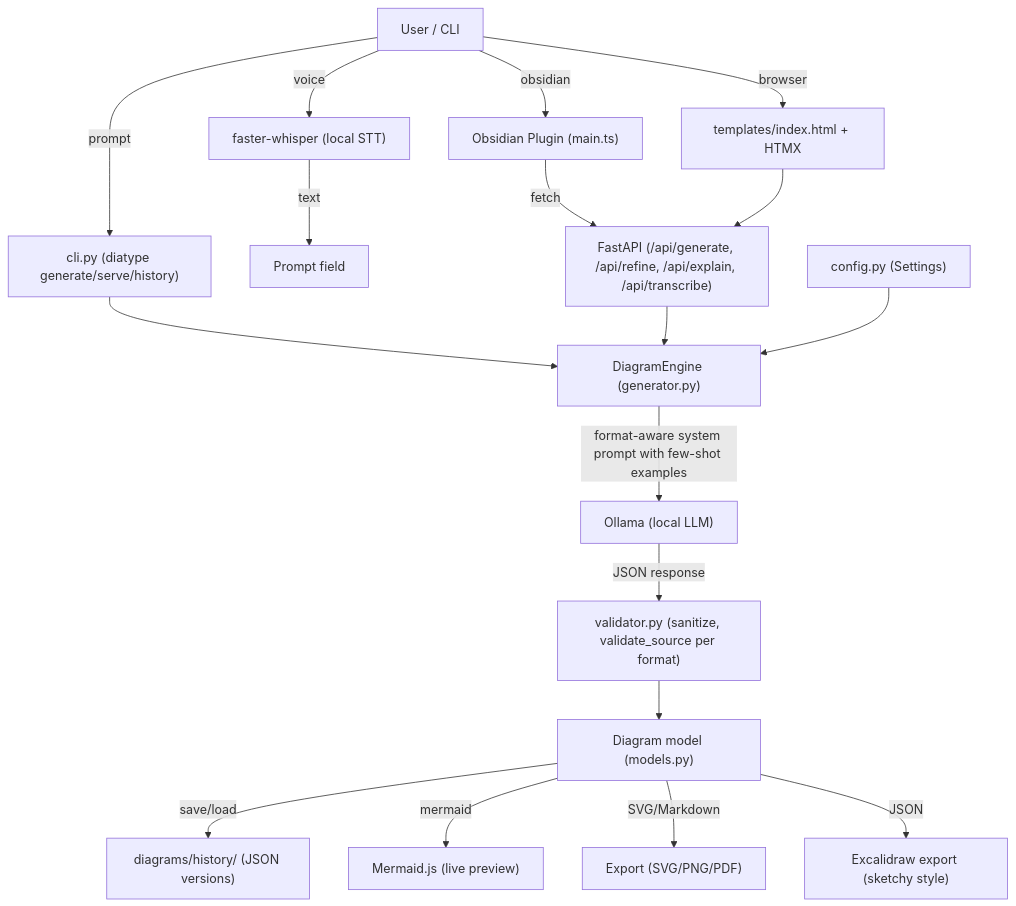
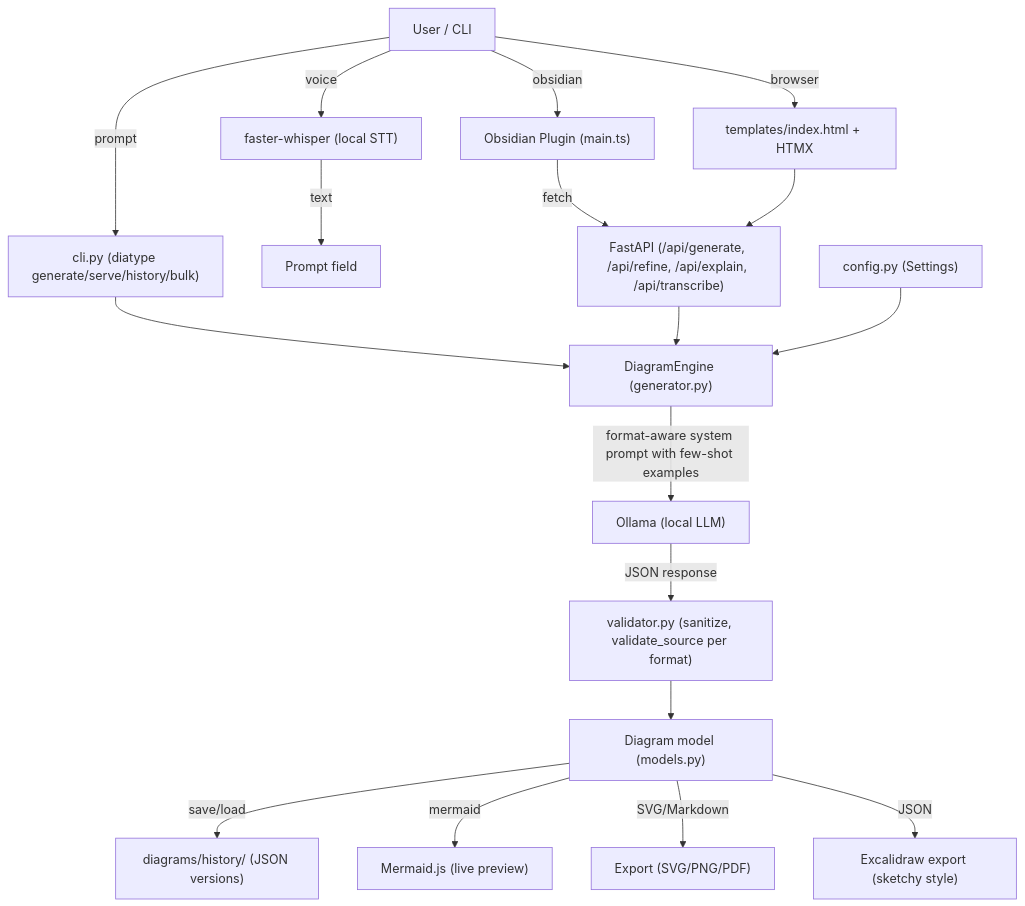
One commit to ajendras/diatype changed the diagram in README.md. Above: the diagram before and after it, drawn with Mermaid. The commit also changed other lines of this file and 3 other files, not shown here.

````diff
--- a/README.md
+++ b/README.md
@@ -282,20 +325,20 @@
 ```mermaid
 flowchart TD
-    User[User / CLI] -->|prompt| CLI["cli.py (diatype generate/serve/history)"]
+    User[User / CLI] -->|prompt| CLI["cli.py (diatype generate/serve/history/bulk)"]
     User -->|voice| Whisper["faster-whisper (local STT)"]
     Whisper -->|text| Prompt[Prompt field]
     User -->|browser| UI["templates/index.html + HTMX"]
     User -->|obsidian| Obsidian["Obsidian Plugin (main.ts)"]
     Obsidian -->|fetch| FastAPI["FastAPI (/api/generate)"]
     CLI --> Engine["DiagramEngine (generator.py)"]
     UI --> FastAPI["FastAPI (/api/generate, /api/refine, /api/explain, /api/transcribe)"]
     FastAPI --> Engine
     Engine -->|format-aware system prompt with few-shot examples| Ollama["Ollama (local LLM)"]
     Ollama -->|JSON response| Validator["validator.py (sanitize, validate_source per format)"]
     Validator --> Diagram["Diagram model (models.py)"]
     Diagram -->|save/load| History["diagrams/history/ (JSON versions)"]
     Diagram -->|mermaid| Renderer["Mermaid.js (live preview)"]
     Diagram -->|SVG/Markdown| Export["Export (SVG/PNG/PDF)"]
     Diagram -->|JSON| Excalidraw["Excalidraw export (sketchy style)"]
     Config["config.py (Settings)"] --> Engine
 ```
````
